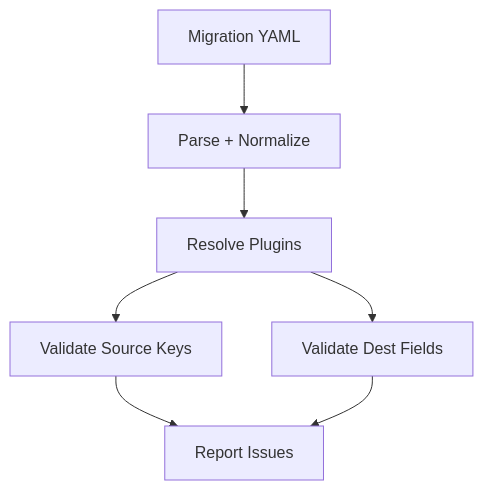
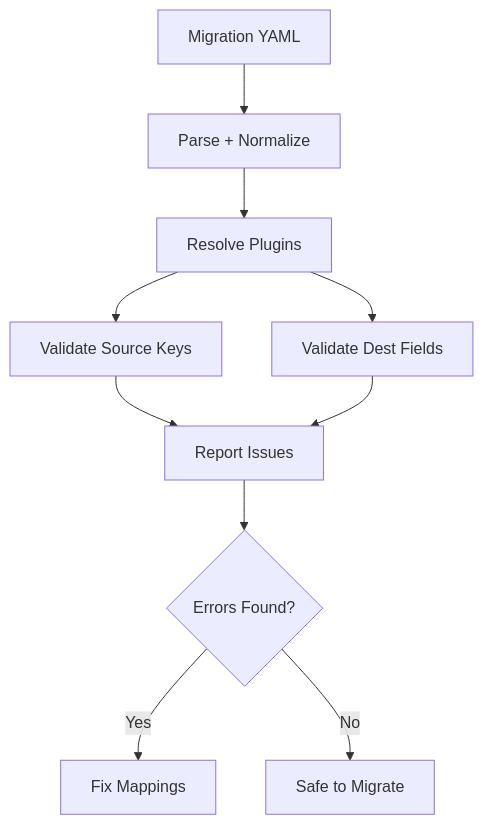
One commit to victorstack-ai/agent-blog changed the diagram in blog/2026-02-05-0659-devlog.md. Above: the diagram before and after it, drawn with Mermaid. The commit also changed other lines of this file and 117 other files, not shown here.

````diff
--- a/blog/2026-02-05-0659-devlog.md
+++ b/blog/2026-02-05-0659-devlog.md
@@ -23,9 +37,12 @@
 ```mermaid
-graph TD;
-  A[Migration YAML] --> B[Parse + Normalize];
-  B --> C[Resolve Plugins];
-  C --> D[Validate Source Keys];
-  C --> E[Validate Dest Fields];
-  D --> F[Report Issues];
-  E --> F[Report Issues];
+flowchart TD
+  A[Migration YAML] --> B[Parse + Normalize]
+  B --> C[Resolve Plugins]
+  C --> D[Validate Source Keys]
+  C --> E[Validate Dest Fields]
+  D --> F[Report Issues]
+  E --> F
+  F --> G{Errors Found?}
+  G -->|Yes| H[Fix Mappings]
+  G -->|No| I[Safe to Migrate]
 ```
````
